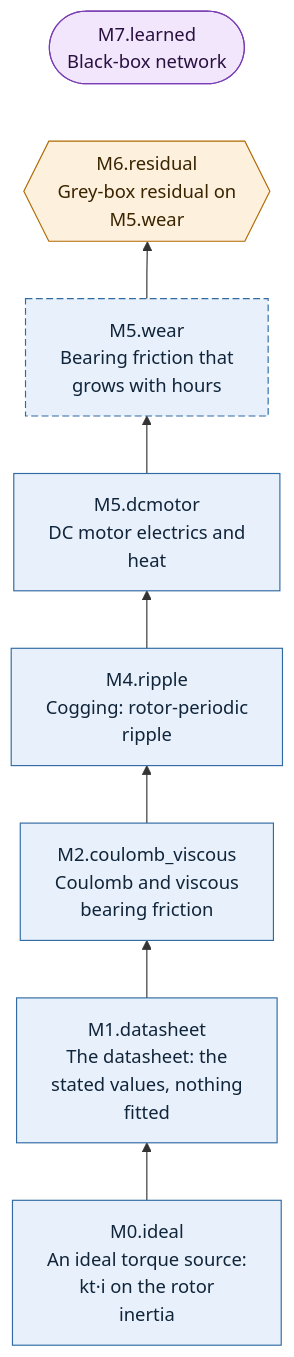
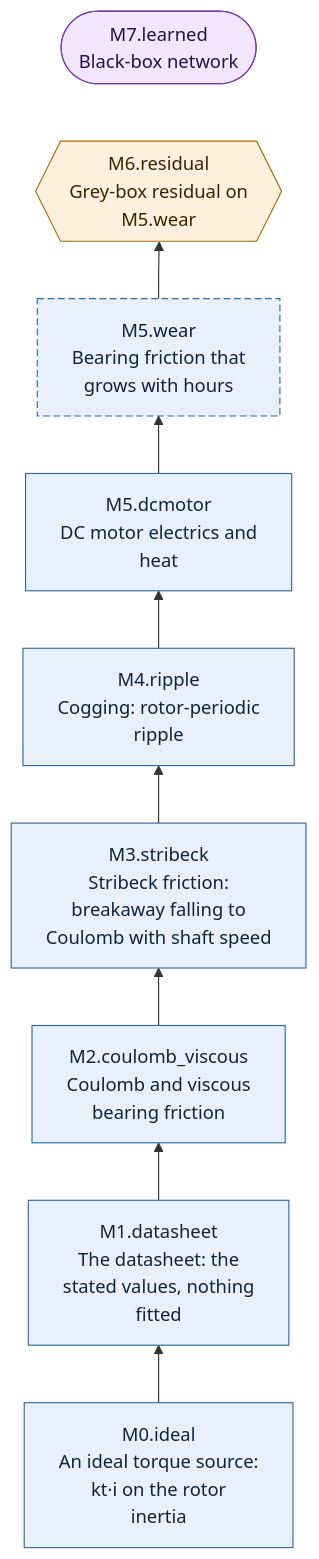
One commit to zacharyyamaoka/robot_models changed the diagram in src/robot_models/actuators/servo/bldc/README.md. Above: the diagram before and after it, drawn with Mermaid. The commit also changed other lines of this file and 28 other files, not shown here.

````diff
--- a/src/robot_models/actuators/servo/bldc/README.md
+++ b/src/robot_models/actuators/servo/bldc/README.md
@@ -24,26 +25,28 @@
 ```mermaid
 flowchart BT
   M0_ideal["M0.ideal<br/>An ideal torque source:<br/>kt·i on the rotor<br/>inertia"]
   M1_datasheet["M1.datasheet<br/>The datasheet: the<br/>stated values, nothing<br/>fitted"]
   M2_coulomb_viscous["M2.coulomb_viscous<br/>Coulomb and viscous<br/>bearing friction"]
+  M3_stribeck["M3.stribeck<br/>Stribeck friction:<br/>breakaway falling to<br/>Coulomb with shaft speed"]
   M4_ripple["M4.ripple<br/>Cogging: rotor-periodic<br/>ripple"]
   M5_dcmotor["M5.dcmotor<br/>DC motor electrics and<br/>heat"]
   M5_wear["M5.wear<br/>Bearing friction that<br/>grows with hours"]
   M6_residual{{"M6.residual<br/>Grey-box residual on<br/>M5.wear"}}
   M7_learned(["M7.learned<br/>Black-box network"])
   M0_ideal --> M1_datasheet
   M1_datasheet --> M2_coulomb_viscous
-  M2_coulomb_viscous --> M4_ripple
+  M2_coulomb_viscous --> M3_stribeck
+  M3_stribeck --> M4_ripple
   M4_ripple --> M5_dcmotor
   M5_dcmotor --> M5_wear
   M5_wear --> M6_residual
   M6_residual ~~~ M7_learned
   classDef physics fill:#e8f1fb,stroke:#2f6aa3,color:#10243a
   classDef wear fill:#e8f1fb,stroke:#2f6aa3,color:#10243a,stroke-dasharray:6 3
   classDef residual fill:#fdf0dc,stroke:#b06a00,color:#3a2400
   classDef learned fill:#f1e6fb,stroke:#7a3db3,color:#2a1040
-  class M0_ideal,M1_datasheet,M2_coulomb_viscous,M4_ripple,M5_dcmotor physics
+  class M0_ideal,M1_datasheet,M2_coulomb_viscous,M3_stribeck,M4_ripple,M5_dcmotor physics
   class M5_wear wear
   class M6_residual residual
   class M7_learned learned
 ```
````
